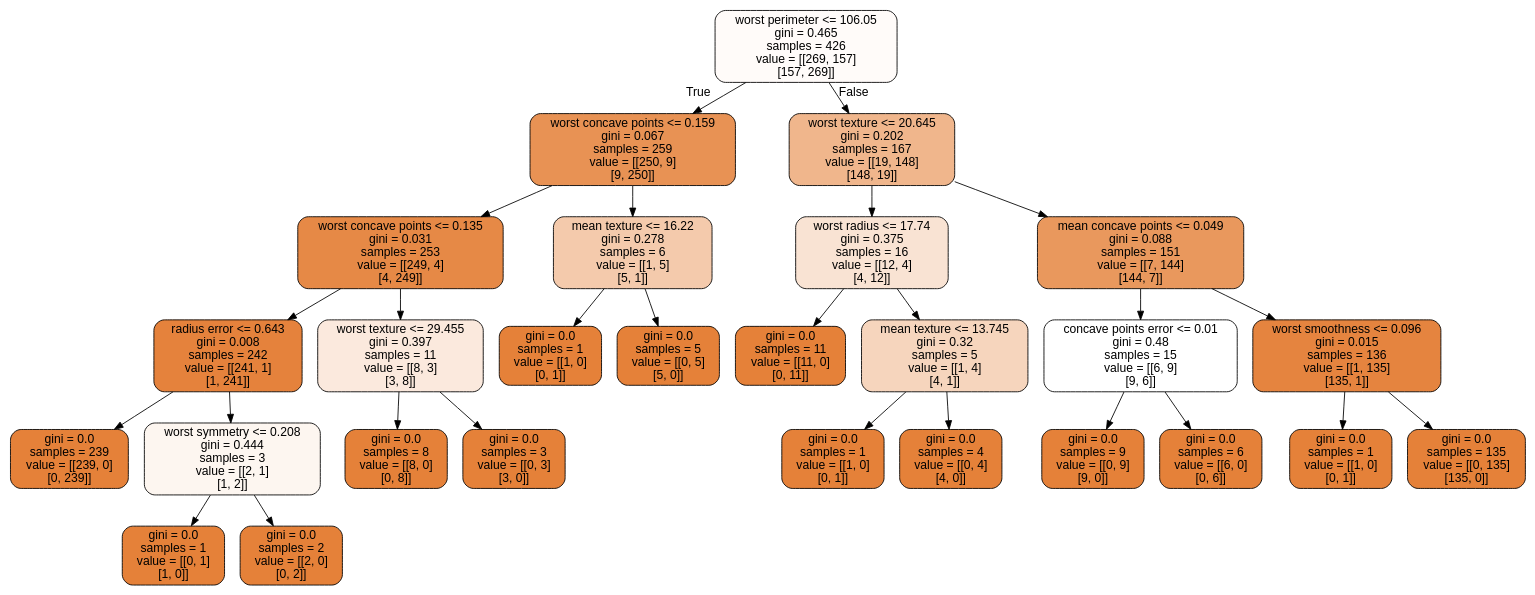
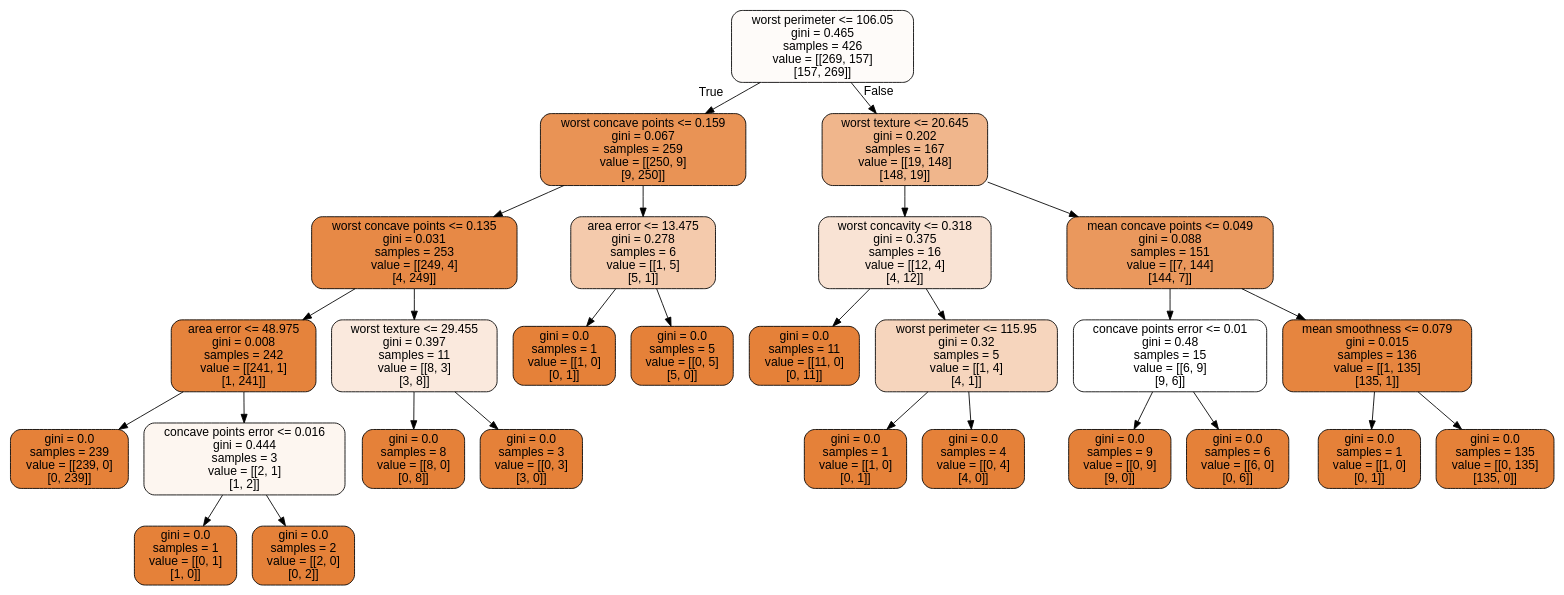
Before and after one commit to CompPhysics/MachineLearning: the diagram in doc/pub/week46/ipynb/DataFiles/cancer.dot, drawn with Graphviz. The commit also changed 37 other files, not shown here.

```diff
--- a/doc/pub/week46/ipynb/DataFiles/cancer.dot
+++ b/doc/pub/week46/ipynb/DataFiles/cancer.dot
@@ -1,57 +1,57 @@
 digraph Tree {
-node [shape=box, style="filled, rounded", color="black", fontname=helvetica] ;
-edge [fontname=helvetica] ;
-0 [label="worst perimeter <= 106.05\ngini = 0.465\nsamples = 426\nvalue = [[269, 157]\n[157, 269]]", fillcolor="#e5813908"] ;
-1 [label="worst concave points <= 0.159\ngini = 0.067\nsamples = 259\nvalue = [[250, 9]\n[9, 250]]", fillcolor="#e58139db"] ;
+node [shape=box, style="filled, rounded", color="black", fontname="helvetica"] ;
+edge [fontname="helvetica"] ;
+0 [label="worst perimeter <= 106.05\ngini = 0.465\nsamples = 426\nvalue = [[269, 157]\n[157, 269]]", fillcolor="#fefbf9"] ;
+1 [label="worst concave points <= 0.159\ngini = 0.067\nsamples = 259\nvalue = [[250, 9]\n[9, 250]]", fillcolor="#e99355"] ;
 0 -> 1 [labeldistance=2.5, labelangle=45, headlabel="True"] ;
-2 [label="worst concave points <= 0.135\ngini = 0.031\nsamples = 253\nvalue = [[249, 4]\n[4, 249]]", fillcolor="#e58139ee"] ;
+2 [label="worst concave points <= 0.135\ngini = 0.031\nsamples = 253\nvalue = [[249, 4]\n[4, 249]]", fillcolor="#e78946"] ;
 1 -> 2 ;
-3 [label="radius error <= 0.643\ngini = 0.008\nsamples = 242\nvalue = [[241, 1]\n[1, 241]]", fillcolor="#e58139fb"] ;
+3 [label="area error <= 48.975\ngini = 0.008\nsamples = 242\nvalue = [[241, 1]\n[1, 241]]", fillcolor="#e5833c"] ;
 2 -> 3 ;
-4 [label="gini = 0.0\nsamples = 239\nvalue = [[239, 0]\n[0, 239]]", fillcolor="#e58139ff"] ;
+4 [label="gini = 0.0\nsamples = 239\nvalue = [[239, 0]\n[0, 239]]", fillcolor="#e58139"] ;
 3 -> 4 ;
-5 [label="worst symmetry <= 0.208\ngini = 0.444\nsamples = 3\nvalue = [[2, 1]\n[1, 2]]", fillcolor="#e5813913"] ;
+5 [label="concave points error <= 0.016\ngini = 0.444\nsamples = 3\nvalue = [[2, 1]\n[1, 2]]", fillcolor="#fdf6f0"] ;
 3 -> 5 ;
-6 [label="gini = 0.0\nsamples = 1\nvalue = [[0, 1]\n[1, 0]]", fillcolor="#e58139ff"] ;
+6 [label="gini = 0.0\nsamples = 1\nvalue = [[0, 1]\n[1, 0]]", fillcolor="#e58139"] ;
 5 -> 6 ;
-7 [label="gini = 0.0\nsamples = 2\nvalue = [[2, 0]\n[0, 2]]", fillcolor="#e58139ff"] ;
+7 [label="gini = 0.0\nsamples = 2\nvalue = [[2, 0]\n[0, 2]]", fillcolor="#e58139"] ;
 5 -> 7 ;
-8 [label="worst texture <= 29.455\ngini = 0.397\nsamples = 11\nvalue = [[8, 3]\n[3, 8]]", fillcolor="#e581392c"] ;
+8 [label="worst texture <= 29.455\ngini = 0.397\nsamples = 11\nvalue = [[8, 3]\n[3, 8]]", fillcolor="#fae9dd"] ;
 2 -> 8 ;
-9 [label="gini = 0.0\nsamples = 8\nvalue = [[8, 0]\n[0, 8]]", fillcolor="#e58139ff"] ;
+9 [label="gini = 0.0\nsamples = 8\nvalue = [[8, 0]\n[0, 8]]", fillcolor="#e58139"] ;
 8 -> 9 ;
-10 [label="gini = 0.0\nsamples = 3\nvalue = [[0, 3]\n[3, 0]]", fillcolor="#e58139ff"] ;
+10 [label="gini = 0.0\nsamples = 3\nvalue = [[0, 3]\n[3, 0]]", fillcolor="#e58139"] ;
 8 -> 10 ;
-11 [label="mean texture <= 16.22\ngini = 0.278\nsamples = 6\nvalue = [[1, 5]\n[5, 1]]", fillcolor="#e581396b"] ;
+11 [label="area error <= 13.475\ngini = 0.278\nsamples = 6\nvalue = [[1, 5]\n[5, 1]]", fillcolor="#f4caac"] ;
 1 -> 11 ;
-12 [label="gini = 0.0\nsamples = 1\nvalue = [[1, 0]\n[0, 1]]", fillcolor="#e58139ff"] ;
+12 [label="gini = 0.0\nsamples = 1\nvalue = [[1, 0]\n[0, 1]]", fillcolor="#e58139"] ;
 11 -> 12 ;
-13 [label="gini = 0.0\nsamples = 5\nvalue = [[0, 5]\n[5, 0]]", fillcolor="#e58139ff"] ;
+13 [label="gini = 0.0\nsamples = 5\nvalue = [[0, 5]\n[5, 0]]", fillcolor="#e58139"] ;
 11 -> 13 ;
-14 [label="worst texture <= 20.645\ngini = 0.202\nsamples = 167\nvalue = [[19, 148]\n[148, 19]]", fillcolor="#e5813994"] ;
+14 [label="worst texture <= 20.645\ngini = 0.202\nsamples = 167\nvalue = [[19, 148]\n[148, 19]]", fillcolor="#f0b68c"] ;
 0 -> 14 [labeldistance=2.5, labelangle=-45, headlabel="False"] ;
-15 [label="worst radius <= 17.74\ngini = 0.375\nsamples = 16\nvalue = [[12, 4]\n[4, 12]]", fillcolor="#e5813938"] ;
+15 [label="worst concavity <= 0.318\ngini = 0.375\nsamples = 16\nvalue = [[12, 4]\n[4, 12]]", fillcolor="#f9e3d4"] ;
 14 -> 15 ;
-16 [label="gini = 0.0\nsamples = 11\nvalue = [[11, 0]\n[0, 11]]", fillcolor="#e58139ff"] ;
+16 [label="gini = 0.0\nsamples = 11\nvalue = [[11, 0]\n[0, 11]]", fillcolor="#e58139"] ;
 15 -> 16 ;
-17 [label="mean texture <= 13.745\ngini = 0.32\nsamples = 5\nvalue = [[1, 4]\n[4, 1]]", fillcolor="#e5813955"] ;
+17 [label="worst perimeter <= 115.95\ngini = 0.32\nsamples = 5\nvalue = [[1, 4]\n[4, 1]]", fillcolor="#f6d5bd"] ;
 15 -> 17 ;
-18 [label="gini = 0.0\nsamples = 1\nvalue = [[1, 0]\n[0, 1]]", fillcolor="#e58139ff"] ;
+18 [label="gini = 0.0\nsamples = 1\nvalue = [[1, 0]\n[0, 1]]", fillcolor="#e58139"] ;
 17 -> 18 ;
-19 [label="gini = 0.0\nsamples = 4\nvalue = [[0, 4]\n[4, 0]]", fillcolor="#e58139ff"] ;
+19 [label="gini = 0.0\nsamples = 4\nvalue = [[0, 4]\n[4, 0]]", fillcolor="#e58139"] ;
 17 -> 19 ;
-20 [label="mean concave points <= 0.049\ngini = 0.088\nsamples = 151\nvalue = [[7, 144]\n[144, 7]]", fillcolor="#e58139d0"] ;
+20 [label="mean concave points <= 0.049\ngini = 0.088\nsamples = 151\nvalue = [[7, 144]\n[144, 7]]", fillcolor="#ea985d"] ;
 14 -> 20 ;
-21 [label="concave points error <= 0.01\ngini = 0.48\nsamples = 15\nvalue = [[6, 9]\n[9, 6]]", fillcolor="#e5813900"] ;
+21 [label="concave points error <= 0.01\ngini = 0.48\nsamples = 15\nvalue = [[6, 9]\n[9, 6]]", fillcolor="#ffffff"] ;
 20 -> 21 ;
-22 [label="gini = 0.0\nsamples = 9\nvalue = [[0, 9]\n[9, 0]]", fillcolor="#e58139ff"] ;
+22 [label="gini = 0.0\nsamples = 9\nvalue = [[0, 9]\n[9, 0]]", fillcolor="#e58139"] ;
 21 -> 22 ;
-23 [label="gini = 0.0\nsamples = 6\nvalue = [[6, 0]\n[0, 6]]", fillcolor="#e58139ff"] ;
+23 [label="gini = 0.0\nsamples = 6\nvalue = [[6, 0]\n[0, 6]]", fillcolor="#e58139"] ;
 21 -> 23 ;
-24 [label="worst smoothness <= 0.096\ngini = 0.015\nsamples = 136\nvalue = [[1, 135]\n[135, 1]]", fillcolor="#e58139f7"] ;
+24 [label="mean smoothness <= 0.079\ngini = 0.015\nsamples = 136\nvalue = [[1, 135]\n[135, 1]]", fillcolor="#e6853f"] ;
 20 -> 24 ;
-25 [label="gini = 0.0\nsamples = 1\nvalue = [[1, 0]\n[0, 1]]", fillcolor="#e58139ff"] ;
+25 [label="gini = 0.0\nsamples = 1\nvalue = [[1, 0]\n[0, 1]]", fillcolor="#e58139"] ;
 24 -> 25 ;
-26 [label="gini = 0.0\nsamples = 135\nvalue = [[0, 135]\n[135, 0]]", fillcolor="#e58139ff"] ;
+26 [label="gini = 0.0\nsamples = 135\nvalue = [[0, 135]\n[135, 0]]", fillcolor="#e58139"] ;
 24 -> 26 ;
 }
```
